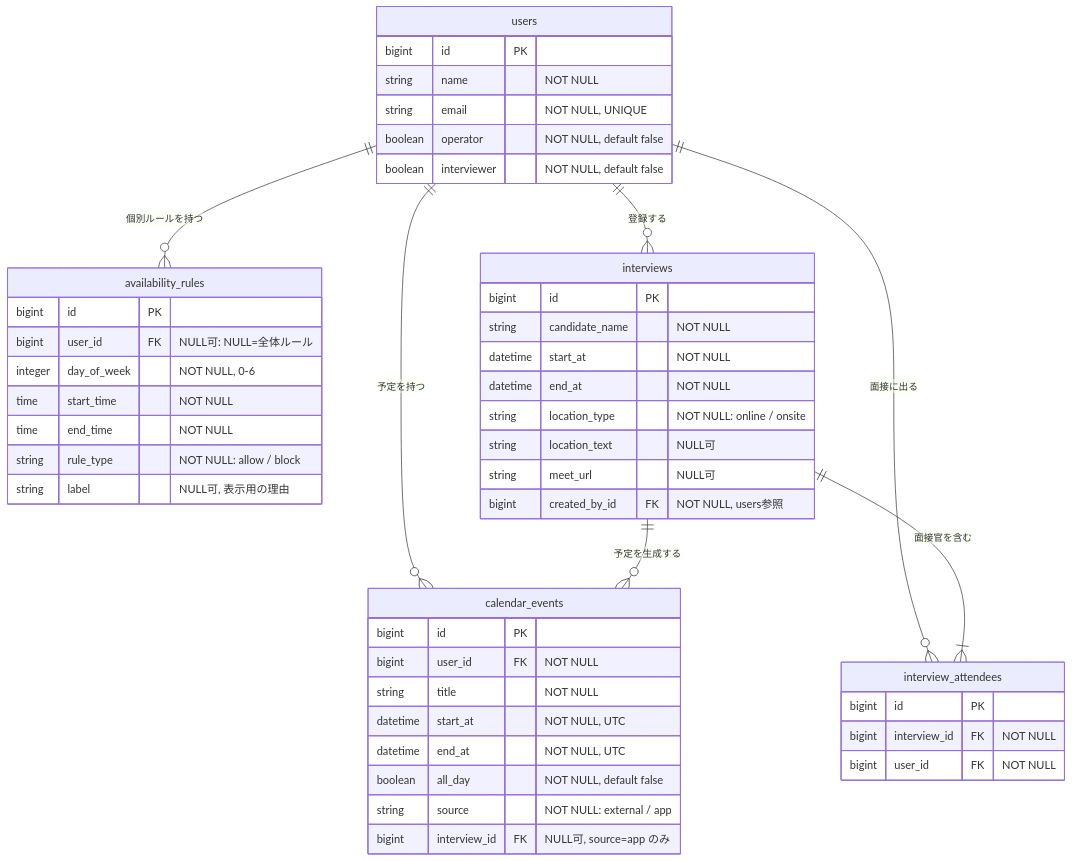
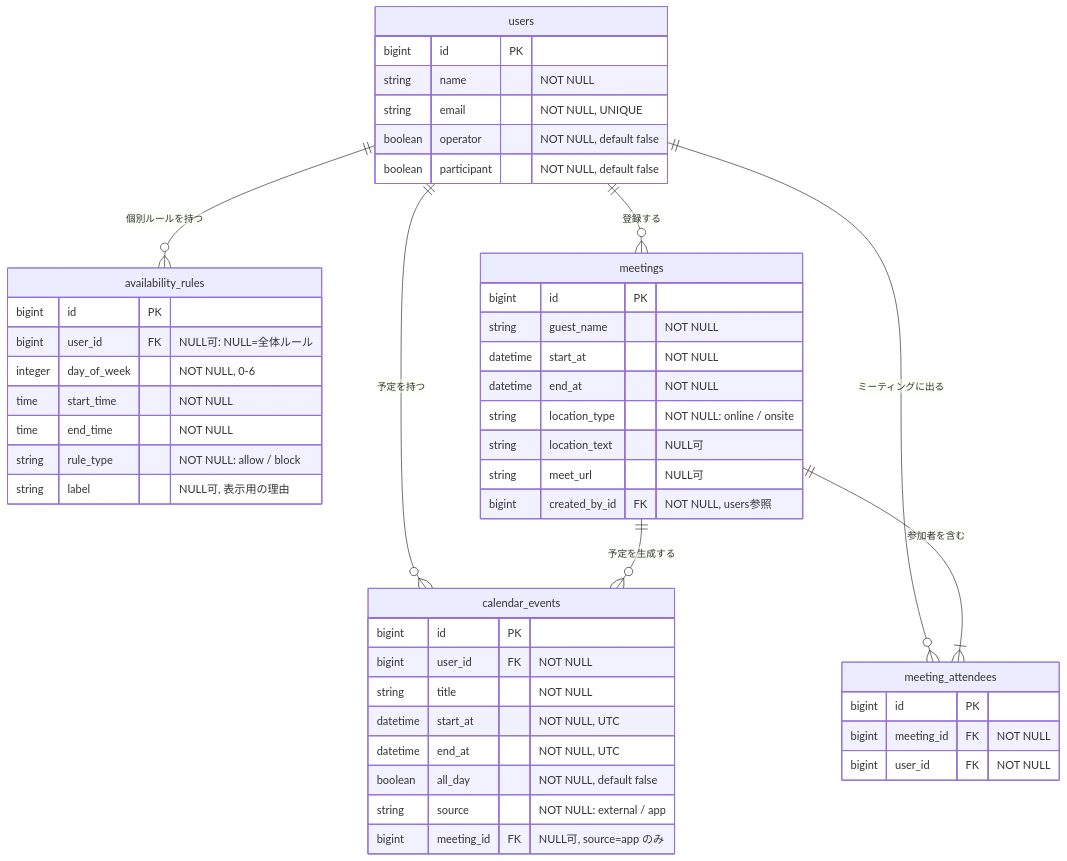
The second of 5 diagrams in docs/仕様書_MVP.md (yuito-ouchi/interview-scheduler), drawn with Mermaid before and after one commit. The commit also changed other lines of this file and 8 other files, not shown here.

````diff
--- a/docs/仕様書_MVP.md
+++ b/docs/仕様書_MVP.md
@@ -132,51 +132,51 @@
 ```mermaid
 erDiagram
     users ||--o{ calendar_events : "予定を持つ"
-    users ||--o{ interview_attendees : "面接に出る"
+    users ||--o{ meeting_attendees : "ミーティングに出る"
     users ||--o{ availability_rules : "個別ルールを持つ"
-    users ||--o{ interviews : "登録する"
-    interviews ||--|{ interview_attendees : "面接官を含む"
-    interviews ||--o{ calendar_events : "予定を生成する"
+    users ||--o{ meetings : "登録する"
+    meetings ||--|{ meeting_attendees : "参加者を含む"
+    meetings ||--o{ calendar_events : "予定を生成する"
 
     users {
         bigint id PK
         string name "NOT NULL"
         string email "NOT NULL, UNIQUE"
         boolean operator "NOT NULL, default false"
-        boolean interviewer "NOT NULL, default false"
+        boolean participant "NOT NULL, default false"
     }
     calendar_events {
         bigint id PK
         bigint user_id FK "NOT NULL"
         string title "NOT NULL"
         datetime start_at "NOT NULL, UTC"
         datetime end_at "NOT NULL, UTC"
         boolean all_day "NOT NULL, default false"
         string source "NOT NULL: external / app"
-        bigint interview_id FK "NULL可, source=app のみ"
+        bigint meeting_id FK "NULL可, source=app のみ"
     }
     availability_rules {
         bigint id PK
         bigint user_id FK "NULL可: NULL=全体ルール"
         integer day_of_week "NOT NULL, 0-6"
         time start_time "NOT NULL"
         time end_time "NOT NULL"
         string rule_type "NOT NULL: allow / block"
         string label "NULL可, 表示用の理由"
     }
-    interviews {
+    meetings {
         bigint id PK
-        string candidate_name "NOT NULL"
+        string guest_name "NOT NULL"
         datetime start_at "NOT NULL"
         datetime end_at "NOT NULL"
         string location_type "NOT NULL: online / onsite"
         string location_text "NULL可"
         string meet_url "NULL可"
         bigint created_by_id FK "NOT NULL, users参照"
     }
-    interview_attendees {
+    meeting_attendees {
         bigint id PK
-        bigint interview_id FK "NOT NULL"
+        bigint meeting_id FK "NOT NULL"
         bigint user_id FK "NOT NULL"
     }
 ```
````
